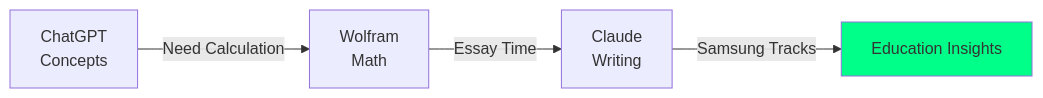
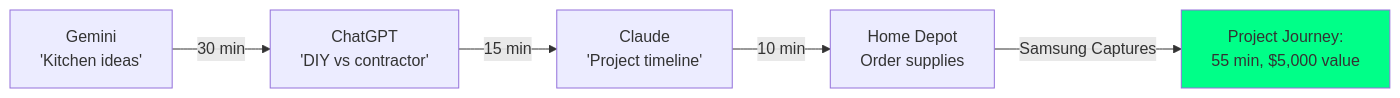
The eighth of 12 diagrams in pitch.md (yxl74/AI_PITCH), drawn with Mermaid before and after one commit. The commit also changed other lines of this file, not shown here.

````diff
--- a/pitch.md
+++ b/pitch.md
@@ -253,8 +257,9 @@
 ```mermaid
 graph LR
-    A[ChatGPT<br/>Concepts] -->|Need Calculation| B[Wolfram<br/>Math]
-    B -->|Essay Time| C[Claude<br/>Writing]
-    C -->|Samsung Tracks| D[Education Insights]
+    A[Gemini<br/>'Kitchen ideas'] -->|30 min| B[ChatGPT<br/>'DIY vs contractor']
+    B -->|15 min| C[Claude<br/>'Project timeline']
+    C -->|10 min| D[Home Depot<br/>Order supplies]
+    D -->|Samsung Captures| E[Project Journey:<br/>55 min, $5,000 value]
     
-    style D fill:#00ff88
+    style E fill:#00ff88
 ```
````
